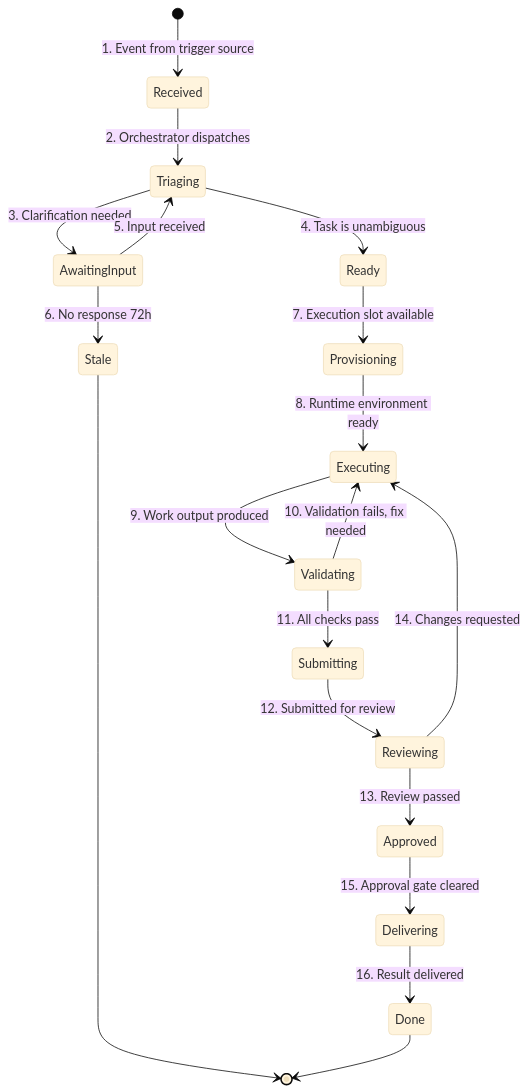
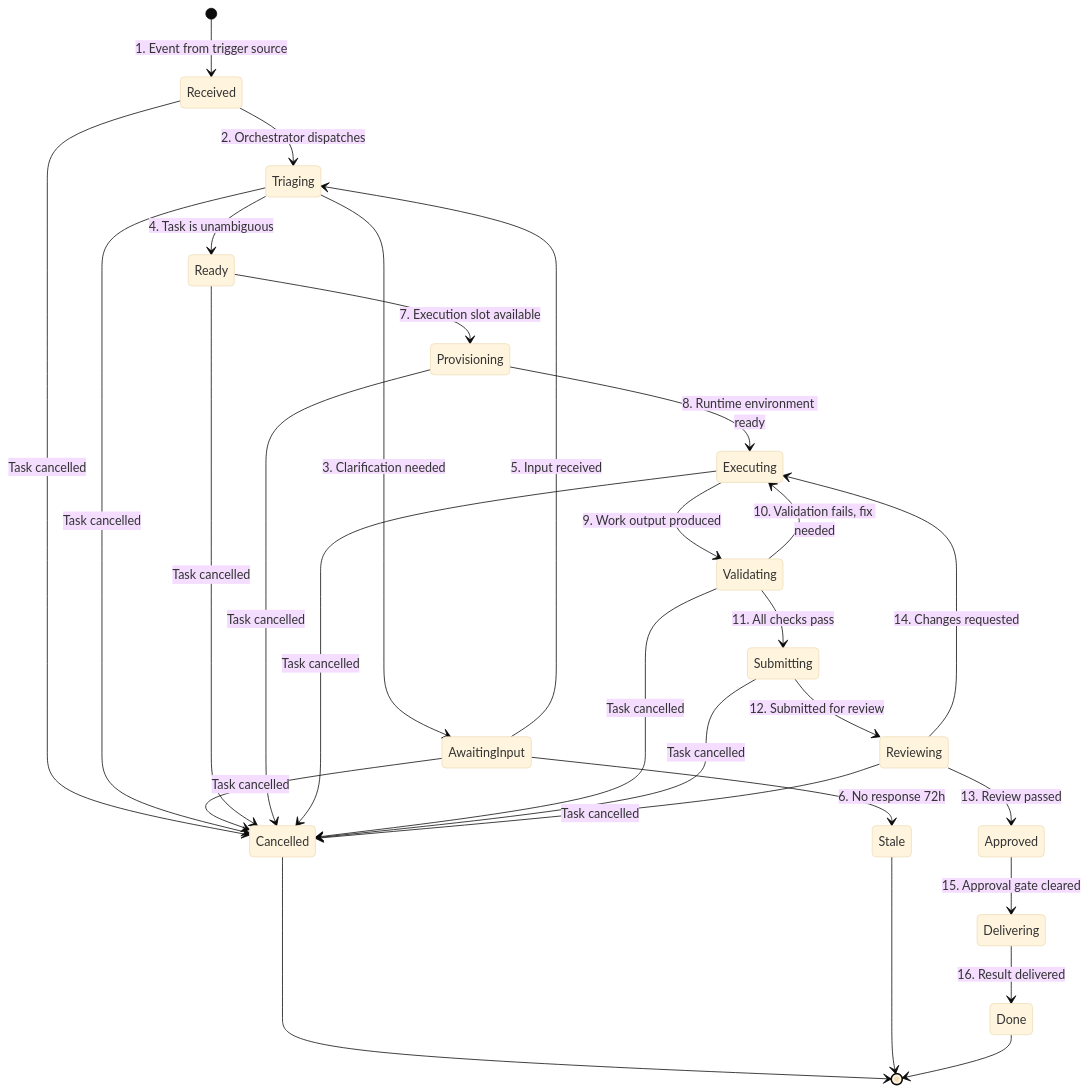
One commit to viiqswim/dozaldevs-ai-employee changed the fourth of 16 diagrams in docs/2026-03-22-2317-ai-employee-architecture.md. Above: the diagram before and after it, drawn with Mermaid (base theme). The commit also changed other lines of this file, not shown here.

Commit message:
docs: add MVP scope table, Cancelled state, 3-layer monitoring, cost circuit breaker, multi-project Docker

````diff
--- a/docs/2026-03-22-2317-ai-employee-architecture.md
+++ b/docs/2026-03-22-2317-ai-employee-architecture.md
@@ -299,21 +315,31 @@
 ```mermaid
 stateDiagram-v2
     [*] --> Received: 1. Event from trigger source
     Received --> Triaging: 2. Orchestrator dispatches
     Triaging --> AwaitingInput: 3. Clarification needed
     Triaging --> Ready: 4. Task is unambiguous
     AwaitingInput --> Triaging: 5. Input received
     AwaitingInput --> Stale: 6. No response 72h
     Ready --> Provisioning: 7. Execution slot available
     Provisioning --> Executing: 8. Runtime environment ready
     Executing --> Validating: 9. Work output produced
     Validating --> Executing: 10. Validation fails, fix needed
     Validating --> Submitting: 11. All checks pass
     Submitting --> Reviewing: 12. Submitted for review
     Reviewing --> Approved: 13. Review passed
     Reviewing --> Executing: 14. Changes requested
     Approved --> Delivering: 15. Approval gate cleared
     Delivering --> Done: 16. Result delivered
+    Received --> Cancelled: Task cancelled
+    Triaging --> Cancelled: Task cancelled
+    AwaitingInput --> Cancelled: Task cancelled
+    Ready --> Cancelled: Task cancelled
+    Provisioning --> Cancelled: Task cancelled
+    Executing --> Cancelled: Task cancelled
+    Validating --> Cancelled: Task cancelled
+    Submitting --> Cancelled: Task cancelled
+    Reviewing --> Cancelled: Task cancelled
+    Cancelled --> [*]
     Stale --> [*]
     Done --> [*]
 ```
````
